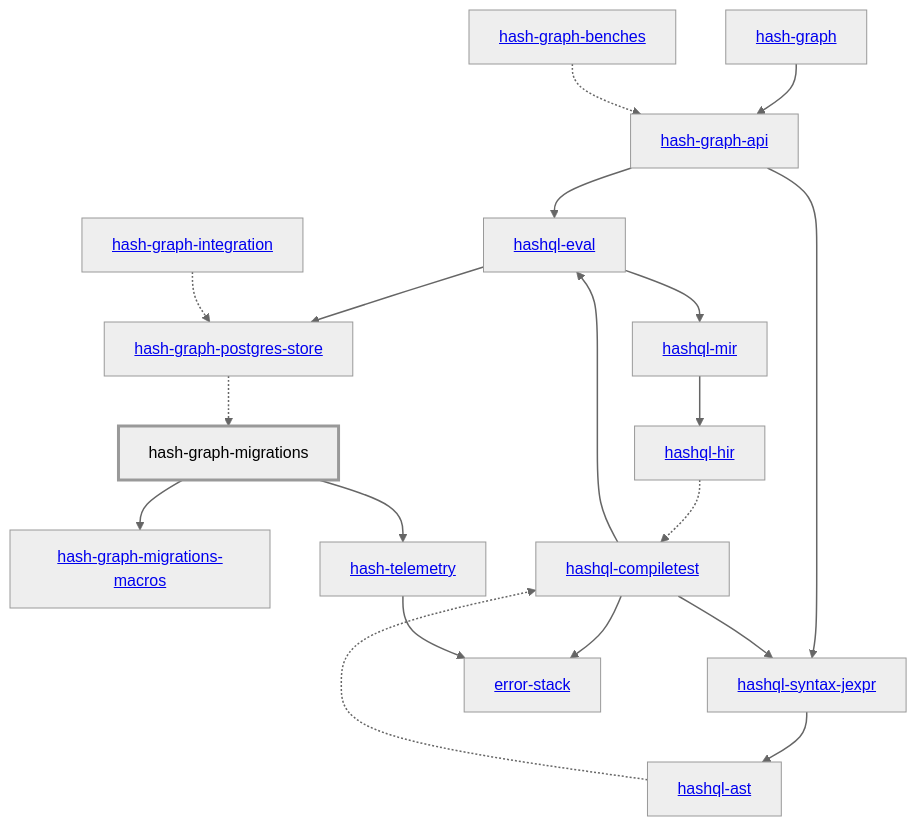
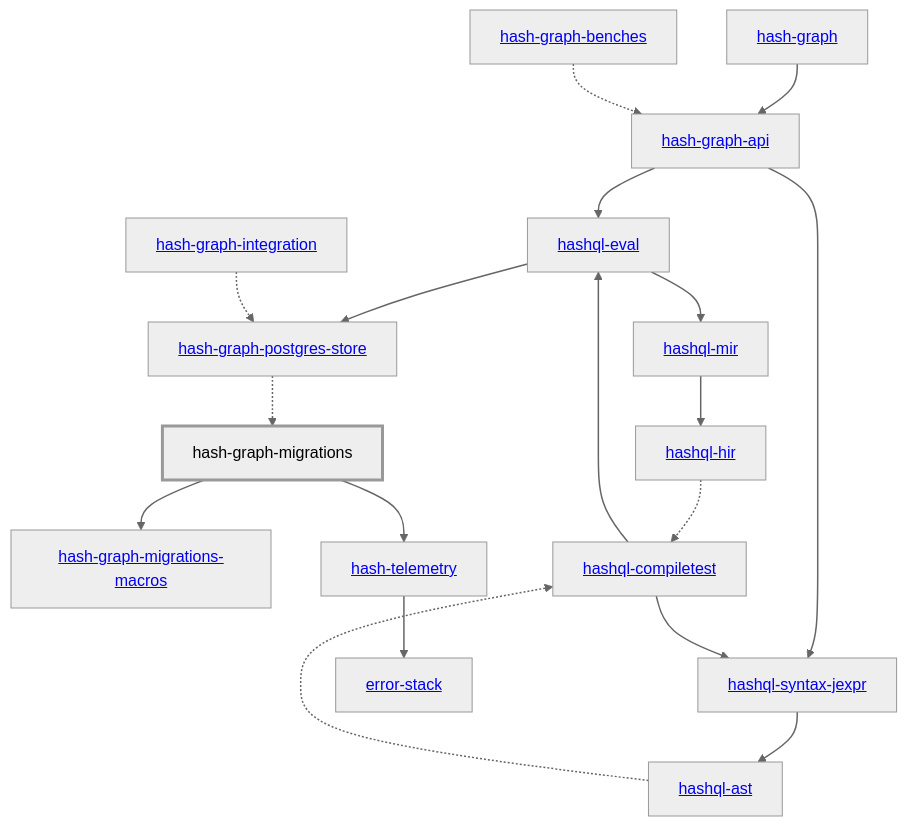
One commit to hashintel/hash changed the diagram in libs/@local/graph/migrations/docs/dependency-diagram.mmd. Above: the diagram before and after it, drawn with Mermaid (neutral theme). The commit also changed 136 other files, not shown here.

```diff
--- a/libs/@local/graph/migrations/docs/dependency-diagram.mmd
+++ b/libs/@local/graph/migrations/docs/dependency-diagram.mmd
@@ -1,44 +1,43 @@
 graph TD
     linkStyle default stroke-width:1.5px
     classDef default stroke-width:1px
     classDef root stroke-width:3px
     classDef dev stroke-width:1px
     classDef build stroke-width:1px
     %% Legend
     %% --> : Normal dependency
     %% -.-> : Dev dependency
     %% ---> : Build dependency
     0[<a href="../hash_graph/index.html">hash-graph</a>]
     1[<a href="../hash_graph_api/index.html">hash-graph-api</a>]
     2[hash-graph-migrations]
     class 2 root
     3[<a href="../hash_graph_migrations_macros/index.html">hash-graph-migrations-macros</a>]
     4[<a href="../hash_graph_postgres_store/index.html">hash-graph-postgres-store</a>]
     5[<a href="../hashql_ast/index.html">hashql-ast</a>]
     6[<a href="../hashql_compiletest/index.html">hashql-compiletest</a>]
     7[<a href="../hashql_eval/index.html">hashql-eval</a>]
     8[<a href="../hashql_hir/index.html">hashql-hir</a>]
     9[<a href="../hashql_mir/index.html">hashql-mir</a>]
     10[<a href="../hashql_syntax_jexpr/index.html">hashql-syntax-jexpr</a>]
     11[<a href="../hash_telemetry/index.html">hash-telemetry</a>]
     12[<a href="../error_stack/index.html">error-stack</a>]
     13[<a href="../hash_graph_benches/index.html">hash-graph-benches</a>]
     14[<a href="../hash_graph_integration/index.html">hash-graph-integration</a>]
     0 --> 1
     1 --> 7
     1 --> 10
     2 --> 3
     2 --> 11
     4 -.-> 2
     5 -.-> 6
     6 --> 7
     6 --> 10
-    6 --> 12
     7 --> 4
     7 --> 9
     8 -.-> 6
     9 --> 8
     10 --> 5
     11 --> 12
     13 -.-> 1
     14 -.-> 4
```
